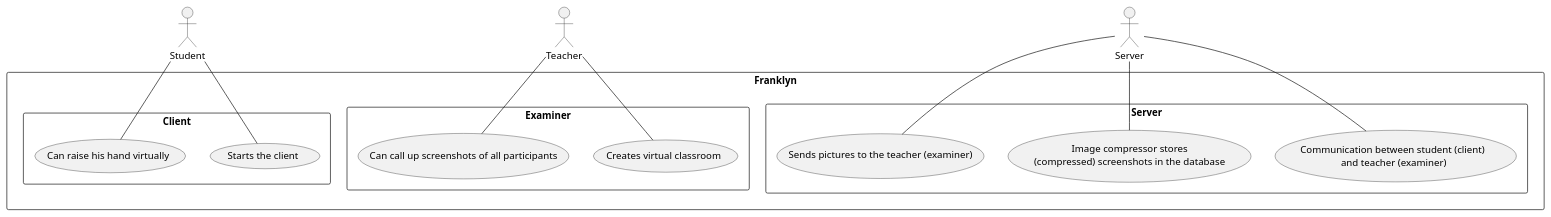
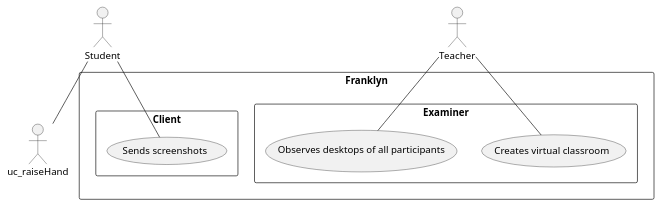
The diagram in docs/asciidocs-slides/plantuml/ucd.puml (htl-leonding-project/franklyn-quarkus), drawn with PlantUML before and after one commit. The commit also changed 1 other file, not shown here.

```diff
--- a/docs/asciidocs-slides/plantuml/ucd.puml
+++ b/docs/asciidocs-slides/plantuml/ucd.puml
@@ -1,30 +1,20 @@
 @startuml
 
 :Student: as student
 :Teacher: as teacher
-:Server: as server
 
 rectangle "Franklyn" {
     rectangle Client {
-        usecase "Starts the client" as uc_startClient
-        usecase "Can raise his hand virtually" as uc_raiseHand
+        usecase "Sends screenshots" as uc_sendsScreenshots
     }
     rectangle Examiner {
             usecase "Creates virtual classroom" as uc_createLobby
-            usecase "Can call up screenshots of all participants" as uc_seeScreenshots
+            usecase "Observes desktops of all participants" as uc_seeScreenshots
         }
-    rectangle Server {
-        usecase "Communication between student (client) \nand teacher (examiner)" as uc_serverInterface
-        usecase "Image compressor stores\n(compressed) screenshots in the database" as uc_imageCompressor
-        usecase "Sends pictures to the teacher (examiner)" as uc_sendScreenshots
-    }
 }
 
-student -- uc_startClient
+student -- uc_sendsScreenshots
 student -- uc_raiseHand
 teacher -- uc_createLobby
 teacher -- uc_seeScreenshots
-server -- uc_serverInterface
-server -- uc_imageCompressor
-server -- uc_sendScreenshots
 @enduml
```
